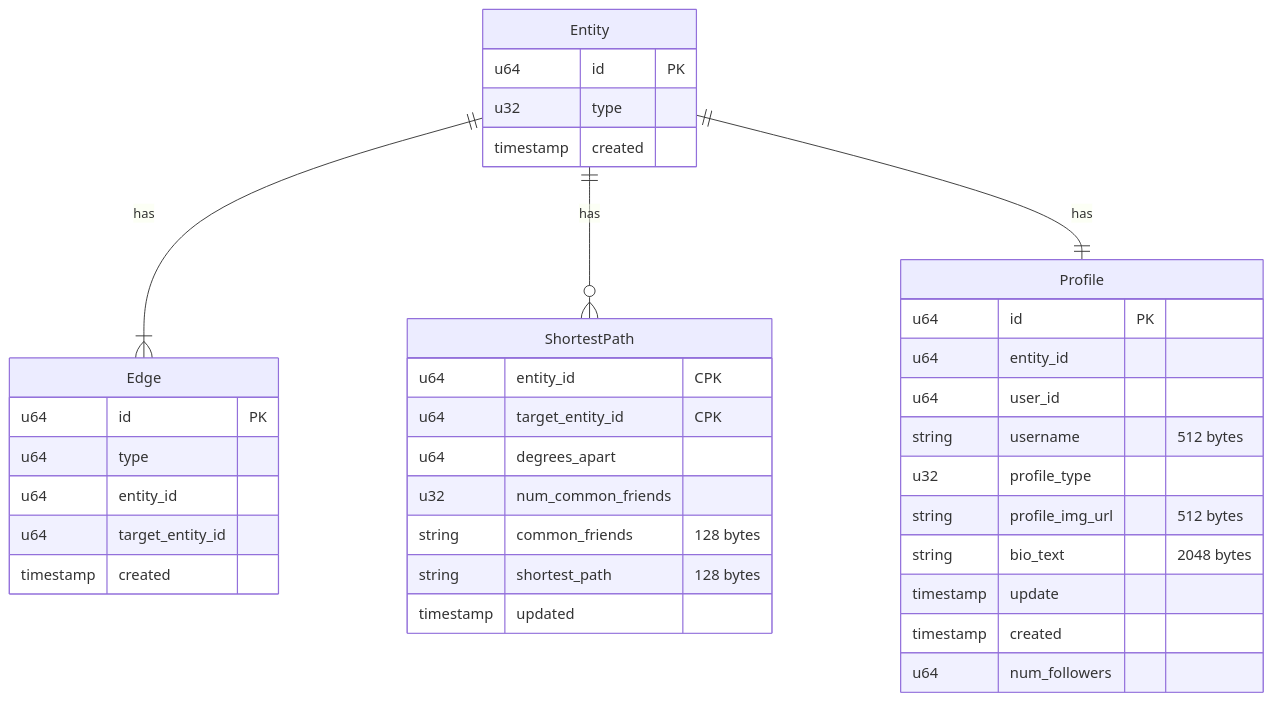
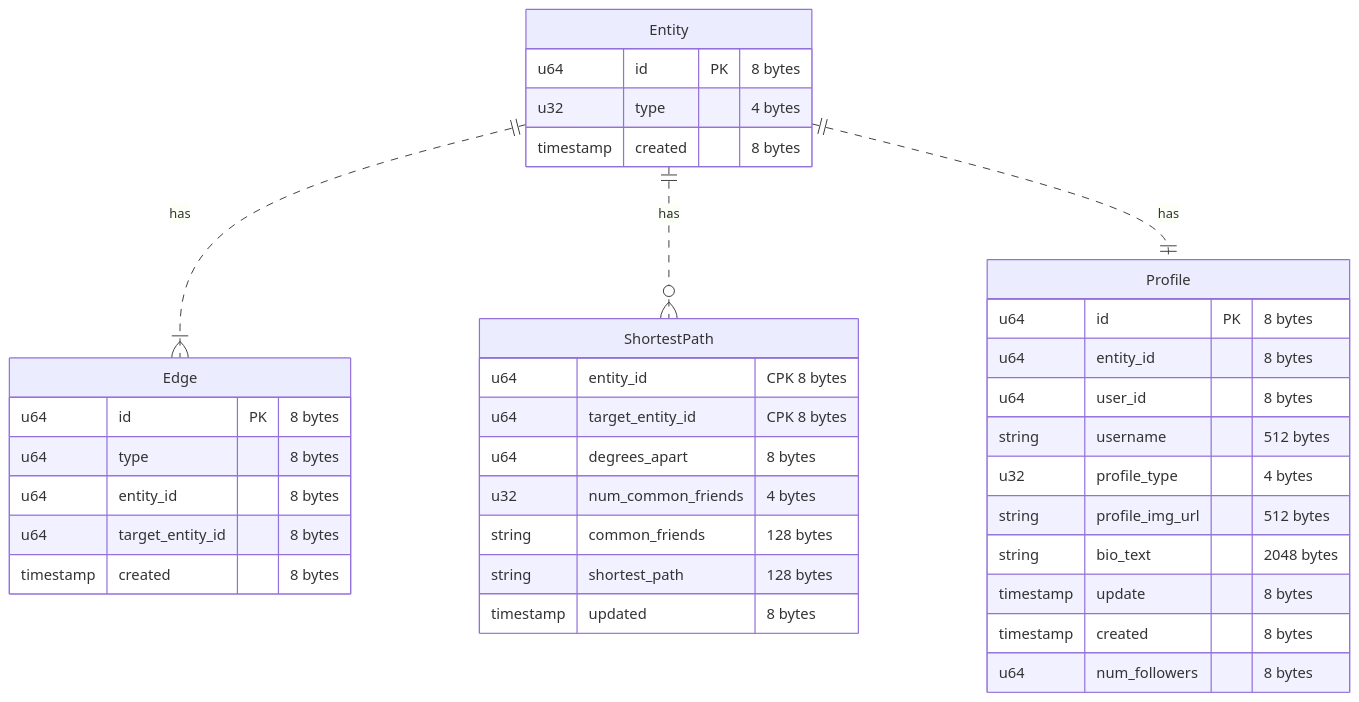
The diagram in sys-design/hacking/31_social_network_graph_search.md (brpandey/leetcode-notes), drawn with Mermaid before and after one commit. The commit also changed other lines of this file and 16 other files, not shown here.

Commit message:
Added schema data type sizes

````diff
--- a/sys-design/hacking/31_social_network_graph_search.md
+++ b/sys-design/hacking/31_social_network_graph_search.md
@@ -52,43 +53,43 @@
 ```mermaid
 erDiagram
-  Entity ||--|{ Edge : has
-  Entity ||--o{ ShortestPath : has
-  Entity ||--|| Profile : has
+  Entity ||..|{ Edge : has
+  Entity ||..o{ ShortestPath : has
+  Entity ||..|| Profile : has
    
   Edge {
-    u64 id PK
-    u64 type
-    u64 entity_id
-    u64 target_entity_id
-    timestamp created
+    u64 id PK "8 bytes"
+    u64 type "8 bytes"
+    u64 entity_id "8 bytes"
+    u64 target_entity_id "8 bytes"
+    timestamp created "8 bytes"
   }
     
   Entity {
-    u64 id PK
-    u32 type
-    timestamp created
+    u64 id PK "8 bytes"
+    u32 type "4 bytes"
+    timestamp created "8 bytes"
   }
   
   ShortestPath {
-    u64 entity_id "CPK"
-    u64 target_entity_id "CPK"
-    u64 degrees_apart 
-    u32 num_common_friends
+    u64 entity_id "CPK 8 bytes"
+    u64 target_entity_id "CPK 8 bytes"
+    u64 degrees_apart "8 bytes"
+    u32 num_common_friends "4 bytes"
     string common_friends "128 bytes"
     string shortest_path "128 bytes"
-    timestamp updated
+    timestamp updated "8 bytes"
   }
   
   Profile {
-    u64 id PK
-    u64 entity_id
-    u64 user_id
+    u64 id PK "8 bytes"
+    u64 entity_id "8 bytes"
+    u64 user_id "8 bytes"
     string username "512 bytes"
-    u32 profile_type
+    u32 profile_type "4 bytes"
     string profile_img_url "512 bytes"
     string bio_text "2048 bytes"
-    timestamp update
-    timestamp created
-    u64 num_followers
+    timestamp update "8 bytes"
+    timestamp created "8 bytes"
+    u64 num_followers "8 bytes"
   }
 ```
````
